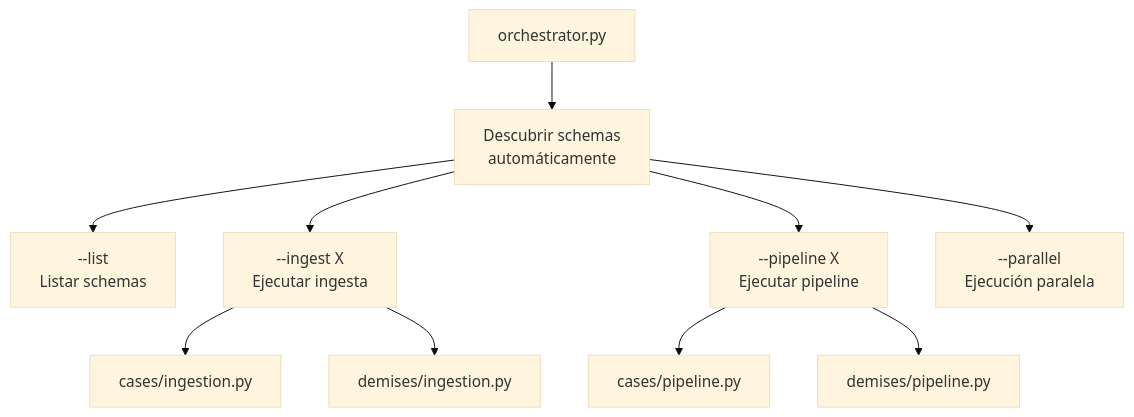
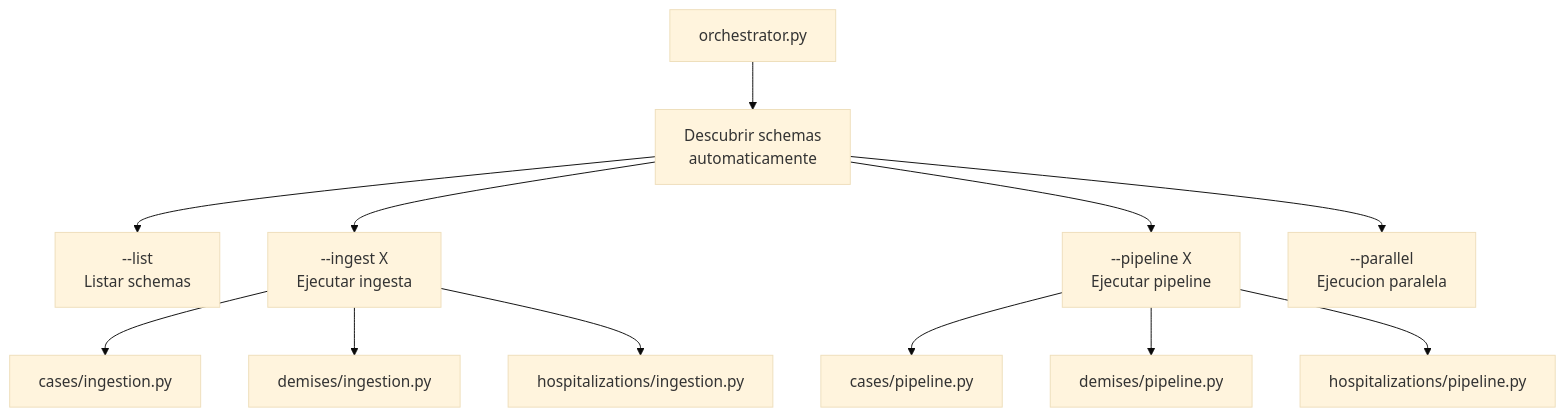
Before and after one commit to arthur8davis/tfm-dataflow-architecture: the second of 7 diagrams in ESTRUCTURA_PROYECTO.md, drawn with Mermaid (base theme). The commit also changed other lines of this file and 9 other files, not shown here.

````diff
--- a/ESTRUCTURA_PROYECTO.md
+++ b/ESTRUCTURA_PROYECTO.md
@@ -91,14 +100,16 @@
 ```mermaid
 graph TD
-    Orch[orchestrator.py] --> Discover[Descubrir schemas<br/>automáticamente]
+    Orch[orchestrator.py] --> Discover[Descubrir schemas<br/>automaticamente]
     Discover --> List[--list<br/>Listar schemas]
     Discover --> Ingest[--ingest X<br/>Ejecutar ingesta]
     Discover --> Pipeline[--pipeline X<br/>Ejecutar pipeline]
-    Discover --> Parallel[--parallel<br/>Ejecución paralela]
+    Discover --> Parallel[--parallel<br/>Ejecucion paralela]
 
     Ingest --> Cases[cases/ingestion.py]
     Ingest --> Demises[demises/ingestion.py]
+    Ingest --> Hospitals[hospitalizations/ingestion.py]
 
     Pipeline --> CasesP[cases/pipeline.py]
     Pipeline --> DemisesP[demises/pipeline.py]
+    Pipeline --> HospP[hospitalizations/pipeline.py]
 ```
````
